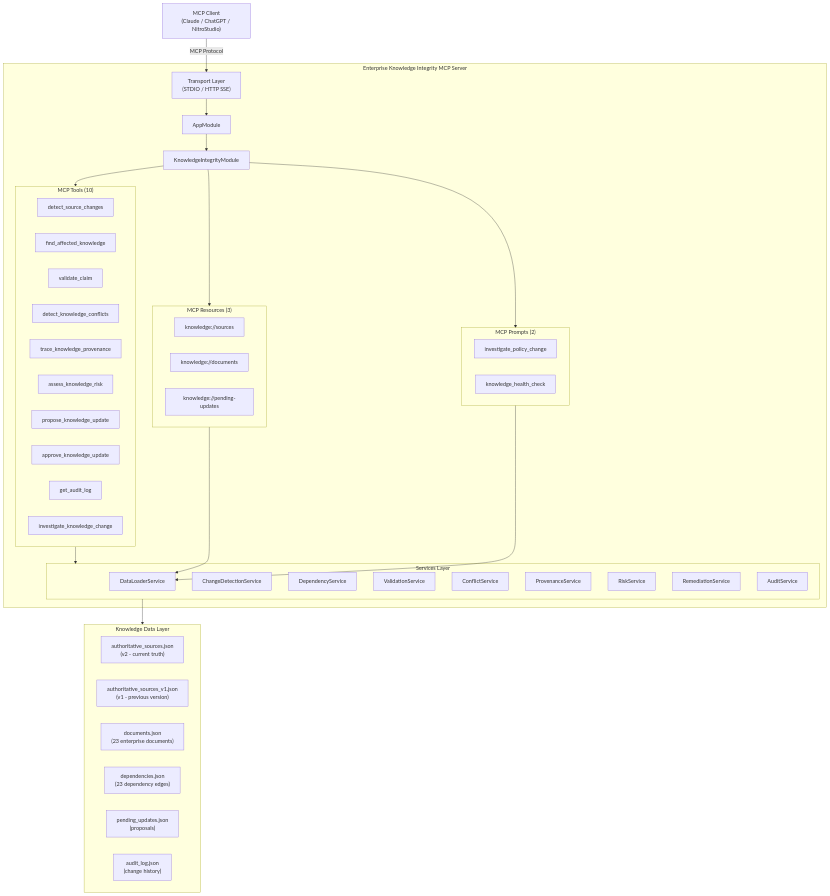
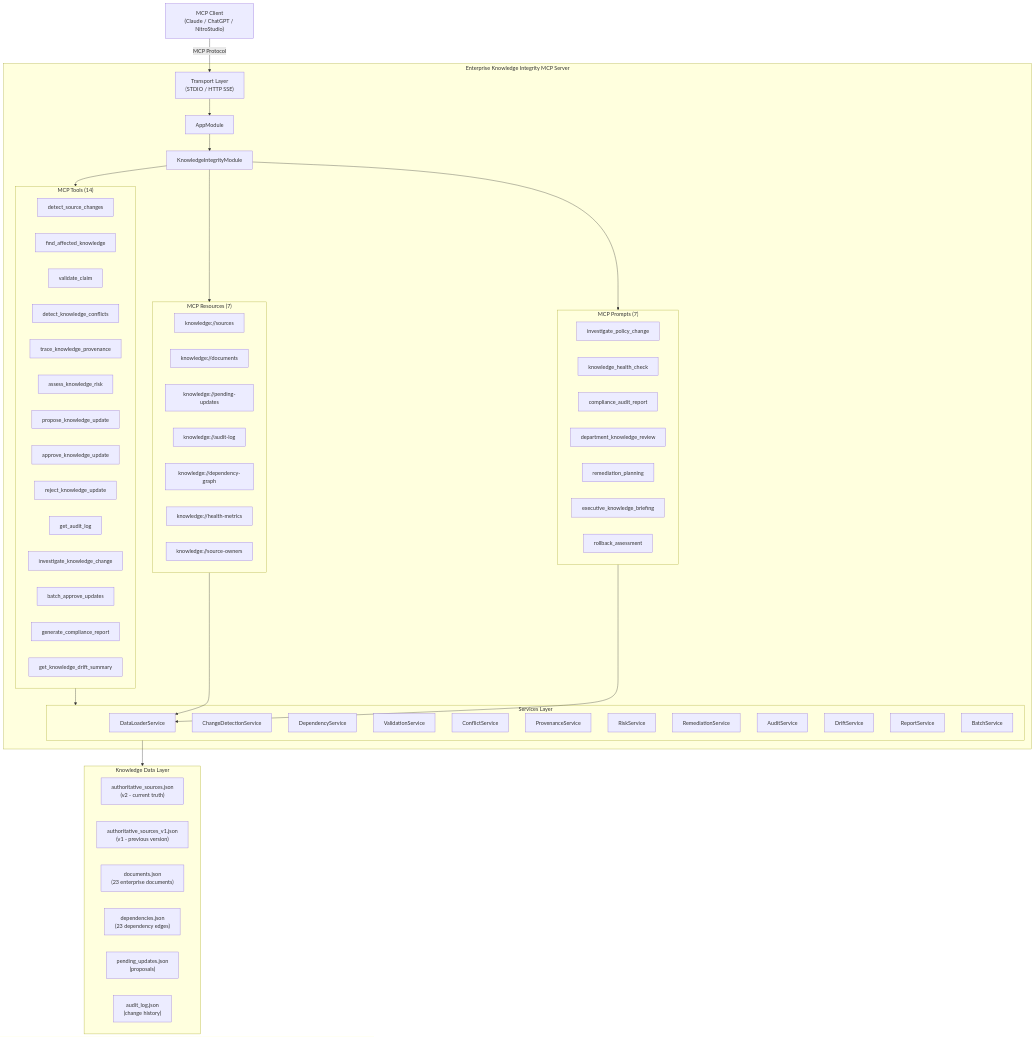
Before and after one commit to Naveen77qwerty/nitrostack-hackathon: the first of 12 diagrams in README.md, drawn with Mermaid. The commit also changed other lines of this file, not shown here.

````diff
--- a/README.md
+++ b/README.md
@@ -178,66 +178,82 @@
 ```mermaid
 graph TB
     Client["MCP Client<br/>(Claude / ChatGPT / NitroStudio)"]
     
     subgraph Server["Enterprise Knowledge Integrity MCP Server"]
         Transport["Transport Layer<br/>(STDIO / HTTP SSE)"]
         App["AppModule"]
         KM["KnowledgeIntegrityModule"]
         
-        subgraph Tools["MCP Tools (10)"]
+        subgraph Tools["MCP Tools (14)"]
             T1["detect_source_changes"]
             T2["find_affected_knowledge"]
             T3["validate_claim"]
             T4["detect_knowledge_conflicts"]
             T5["trace_knowledge_provenance"]
             T6["assess_knowledge_risk"]
             T7["propose_knowledge_update"]
             T8["approve_knowledge_update"]
-            T9["get_audit_log"]
-            T10["investigate_knowledge_change"]
+            T9["reject_knowledge_update"]
+            T10["get_audit_log"]
+            T11["investigate_knowledge_change"]
+            T12["batch_approve_updates"]
+            T13["generate_compliance_report"]
+            T14["get_knowledge_drift_summary"]
         end
         
-        subgraph Resources["MCP Resources (3)"]
+        subgraph Resources["MCP Resources (7)"]
             R1["knowledge://sources"]
             R2["knowledge://documents"]
             R3["knowledge://pending-updates"]
+            R4["knowledge://audit-log"]
+            R5["knowledge://dependency-graph"]
+            R6["knowledge://health-metrics"]
+            R7["knowledge://source-owners"]
         end
         
-        subgraph Prompts["MCP Prompts (2)"]
+        subgraph Prompts["MCP Prompts (7)"]
             P1["investigate_policy_change"]
             P2["knowledge_health_check"]
+            P3["compliance_audit_report"]
+            P4["department_knowledge_review"]
+            P5["remediation_planning"]
+            P6["executive_knowledge_briefing"]
+            P7["rollback_assessment"]
         end
         
         subgraph Services["Services Layer"]
             DL["DataLoaderService"]
             CDS["ChangeDetectionService"]
             DS["DependencyService"]
             VS["ValidationService"]
             CS["ConflictService"]
             PS["ProvenanceService"]
             RS["RiskService"]
             RMS["RemediationService"]
             AS["AuditService"]
+            DFS["DriftService"]
+            RPS["ReportService"]
+            BTS["BatchService"]
         end
     end
     
     subgraph Data["Knowledge Data Layer"]
         AS_JSON["authoritative_sources.json<br/>(v2 - current truth)"]
         AS_V1["authoritative_sources_v1.json<br/>(v1 - previous version)"]
         DOCS["documents.json<br/>(23 enterprise documents)"]
         DEPS["dependencies.json<br/>(23 dependency edges)"]
         PENDING["pending_updates.json<br/>(proposals)"]
         AUDIT["audit_log.json<br/>(change history)"]
     end
     
     Client -->|"MCP Protocol"| Transport
     Transport --> App
     App --> KM
     KM --> Tools
     KM --> Resources
     KM --> Prompts
     Tools --> Services
     Resources --> DL
     Prompts --> DL
     Services --> Data
 ```
````
